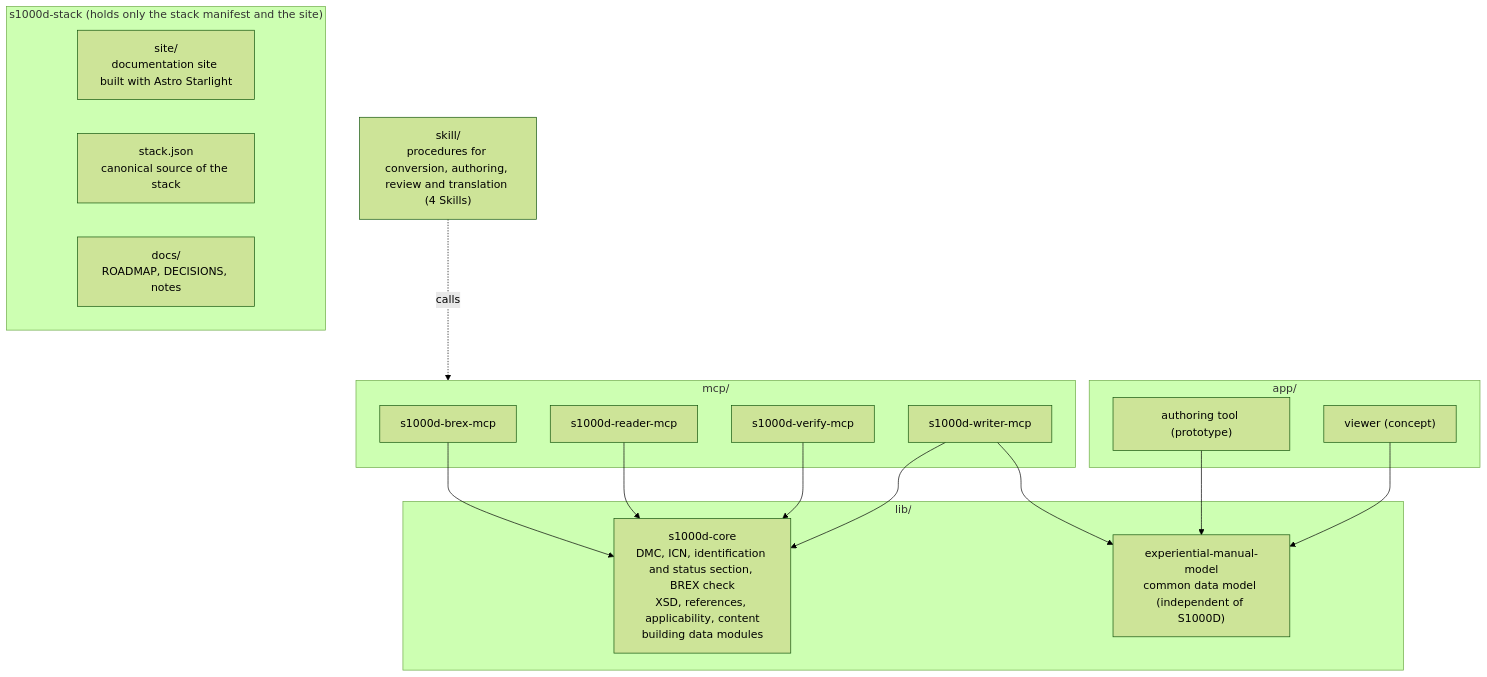
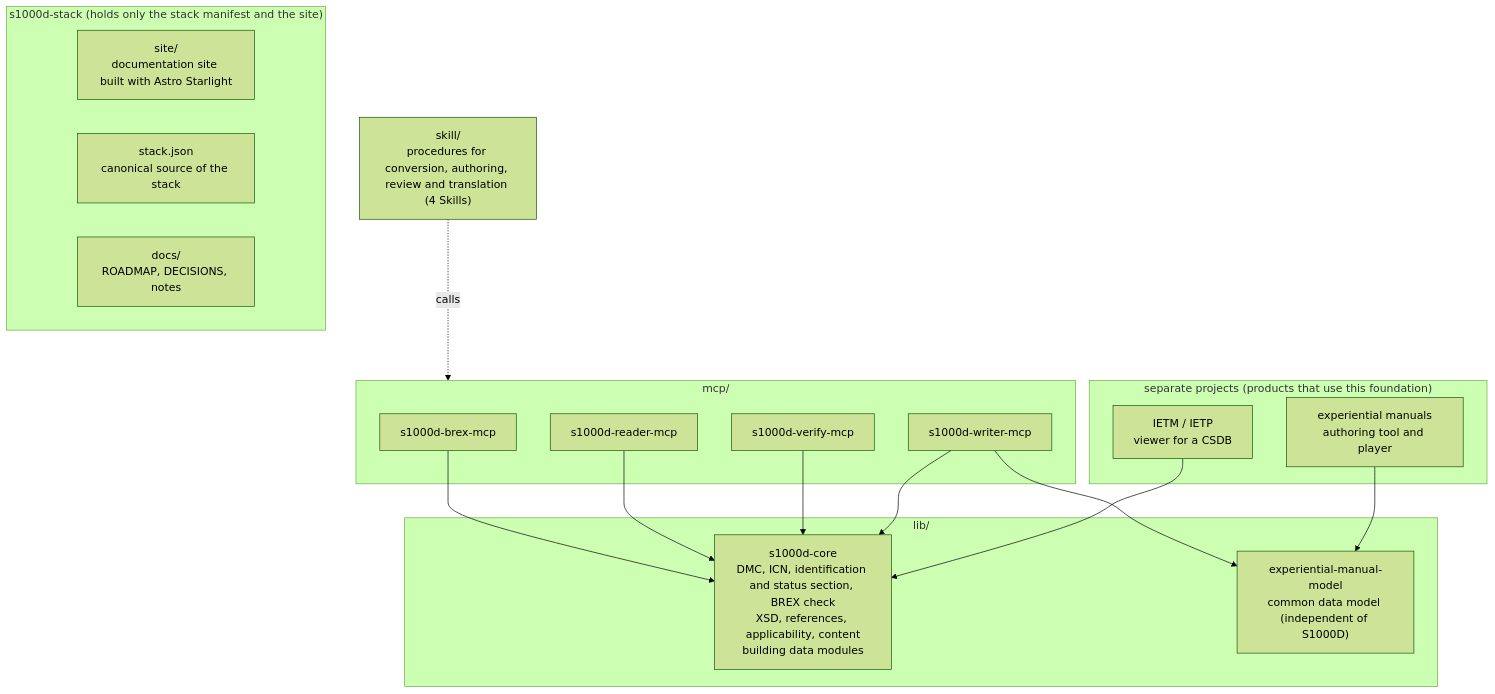
One commit to shuji-bonji/s1000d-stack changed the diagram in README.md. Above: the diagram before and after it, drawn with Mermaid (forest theme). The commit also changed other lines of this file and 9 other files, not shown here.

````diff
--- a/README.md
+++ b/README.md
@@ -39,31 +38,31 @@
 ```mermaid
 flowchart TB
   subgraph Hub["s1000d-stack (holds only the stack manifest and the site)"]
     SITE["site/<br/>documentation site built with Astro Starlight"]
     STACK["stack.json<br/>canonical source of the stack"]
     DOCS["docs/<br/>ROADMAP, DECISIONS, notes"]
   end
   subgraph Lib["lib/"]
     CORE["s1000d-core<br/>DMC, ICN, identification and status section, BREX check<br/>XSD, references, applicability, content<br/>building data modules"]
     MODEL["experiential-manual-model<br/>common data model (independent of S1000D)"]
   end
   subgraph Mcp["mcp/"]
     BREX["s1000d-brex-mcp"]
     R["s1000d-reader-mcp"]
     V["s1000d-verify-mcp"]
     W["s1000d-writer-mcp"]
   end
-  subgraph App["app/"]
-    ED["authoring tool (prototype)"]
-    VW["viewer (concept)"]
+  subgraph Products["separate projects (products that use this foundation)"]
+    XM["experiential manuals<br/>authoring tool and player"]
+    IETP["IETM / IETP<br/>viewer for a CSDB"]
   end
   SK["skill/<br/>procedures for conversion, authoring, review and translation (4 Skills)"]
   BREX --> CORE
   R --> CORE
   V --> CORE
   W --> CORE
   W --> MODEL
-  ED --> MODEL
-  VW --> MODEL
+  XM --> MODEL
+  IETP --> CORE
   SK -.calls.-> Mcp
 ```
````
